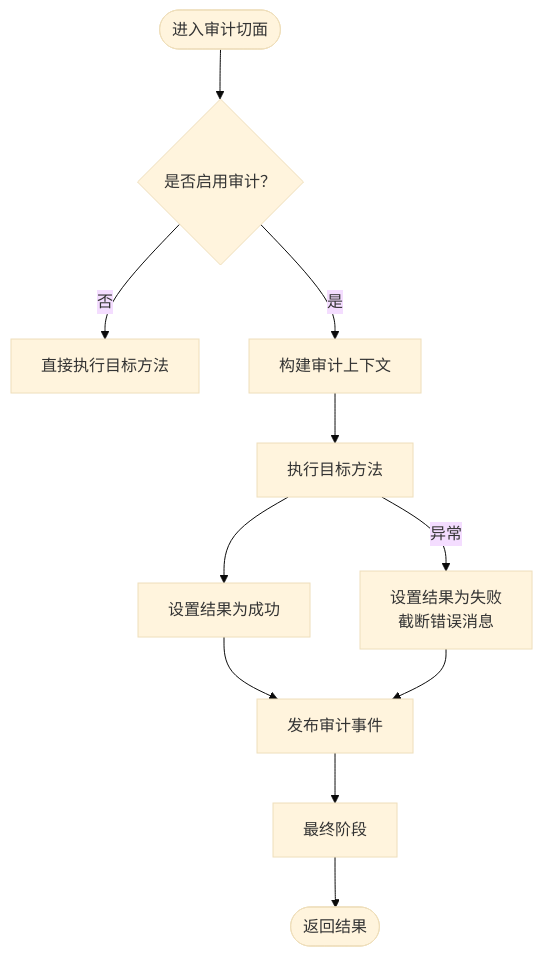
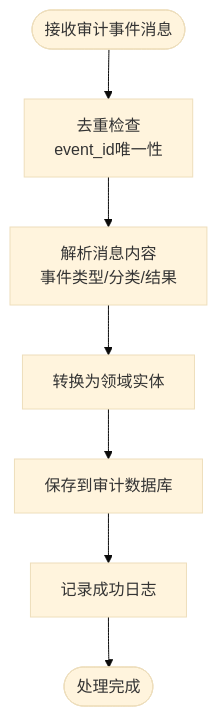
The third of 6 diagrams in .qoder/repowiki/zh/content/项目概述/项目结构/管理服务器 (iam-admin-server)/审计日志系统.md (fq0121104930716/iam-platform), drawn with Mermaid (base theme) before and after one commit. The commit also changed other lines of this file and 219 other files, not shown here.

````diff
--- a/.qoder/repowiki/zh/content/项目概述/项目结构/管理服务器 (iam-admin-server)/审计日志系统.md
+++ b/.qoder/repowiki/zh/content/项目概述/项目结构/管理服务器 (iam-admin-server)/审计日志系统.md
@@ -182,13 +215,9 @@
 ```mermaid
 flowchart TD
-Start(["进入审计切面"]) --> CheckEnabled{"是否启用审计？"}
-CheckEnabled --> |否| Proceed["直接执行目标方法"]
-CheckEnabled --> |是| BuildCtx["构建审计上下文"]
-BuildCtx --> TryExec["执行目标方法"]
-TryExec --> SetSuccess["设置结果为成功"]
-TryExec --> |异常| SetFail["设置结果为失败<br/>截断错误消息"]
-SetSuccess --> Publish["发布审计事件"]
-SetFail --> Publish
-Publish --> Finally["最终阶段"]
-Finally --> End(["返回结果"])
+Start(["接收审计事件消息"]) --> Dedup["去重检查<br/>event_id唯一性"]
+Dedup --> ParseMsg["解析消息内容<br/>事件类型/分类/结果"]
+ParseMsg --> ConvertEntity["转换为领域实体"]
+ConvertEntity --> SaveDB["保存到审计数据库"]
+SaveDB --> LogSuccess["记录成功日志"]
+LogSuccess --> End(["处理完成"])
 ```
````
